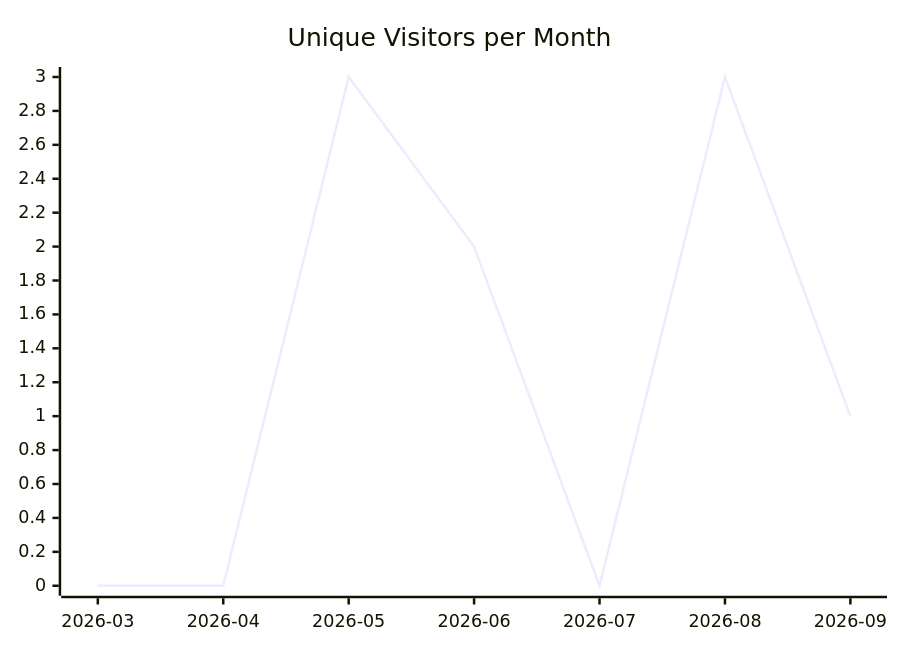
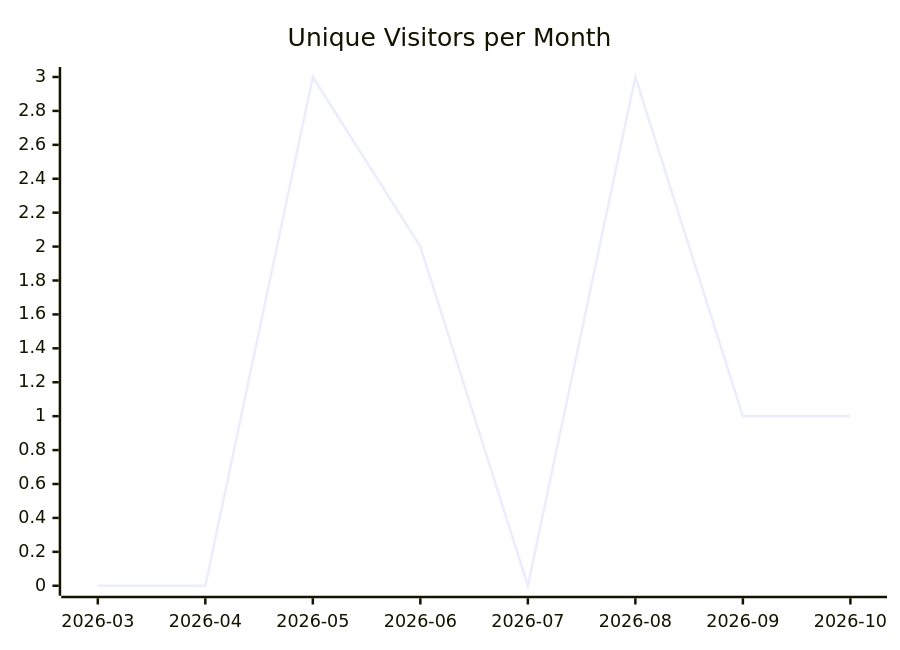
Before and after one commit to justdavis-family/github-analytics-data: the first of 3 diagrams in karlmdavis/kobjects/README.md, drawn with Mermaid. The commit also changed other lines of this file and 202 other files, not shown here.

````diff
--- a/karlmdavis/kobjects/README.md
+++ b/karlmdavis/kobjects/README.md
@@ -5,6 +5,6 @@
 ```mermaid
 xychart-beta
   title "Unique Visitors per Month"
-  x-axis ["2026-03", "2026-04", "2026-05", "2026-06", "2026-07", "2026-08", "2026-09"]
-  line [0, 0, 3, 2, 0, 3, 1]
+  x-axis ["2026-03", "2026-04", "2026-05", "2026-06", "2026-07", "2026-08", "2026-09", "2026-10"]
+  line [0, 0, 3, 2, 0, 3, 1, 1]
 ```
````
